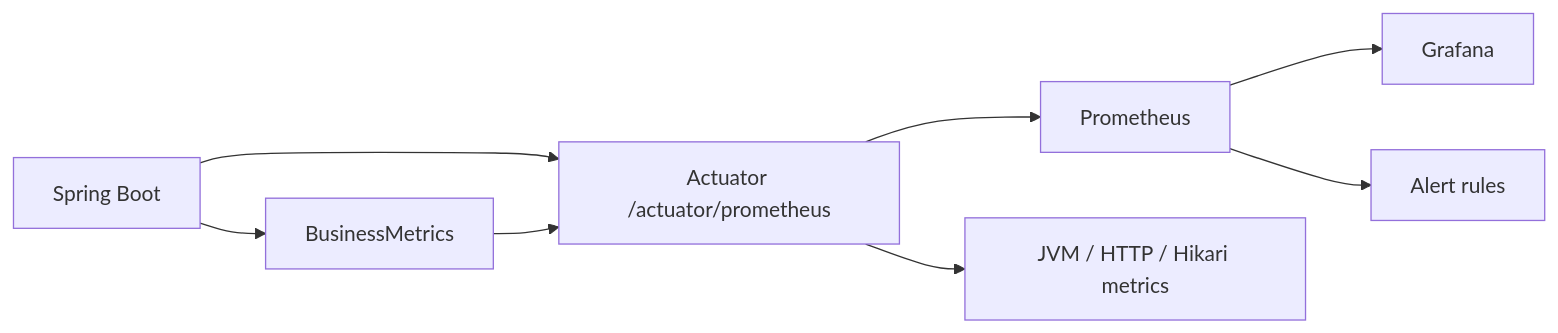
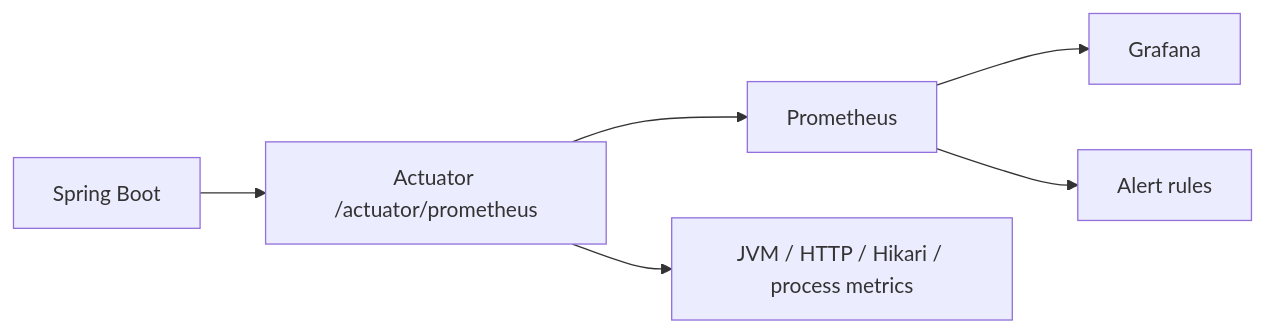
The seventh of 7 diagrams in docs/ARCHITECTURE.md (Keal-thas/hr-manager-sys), drawn with Mermaid before and after one commit. The commit also changed other lines of this file and 23 other files, not shown here.

Commit message:
refactor: remove business metrics and keep technical monitoring

````diff
--- a/docs/ARCHITECTURE.md
+++ b/docs/ARCHITECTURE.md
@@ -187,10 +187,8 @@
 ```mermaid
 flowchart LR
     APP[Spring Boot] --> ACT[Actuator /actuator/prometheus]
     ACT --> PROM[Prometheus]
     PROM --> GRAF[Grafana]
     PROM --> ALERT[Alert rules]
-    ACT --> JVM[JVM / HTTP / Hikari metrics]
-    APP --> BIZ[BusinessMetrics]
-    BIZ --> ACT
+    ACT --> JVM[JVM / HTTP / Hikari / process metrics]
 ```
````
